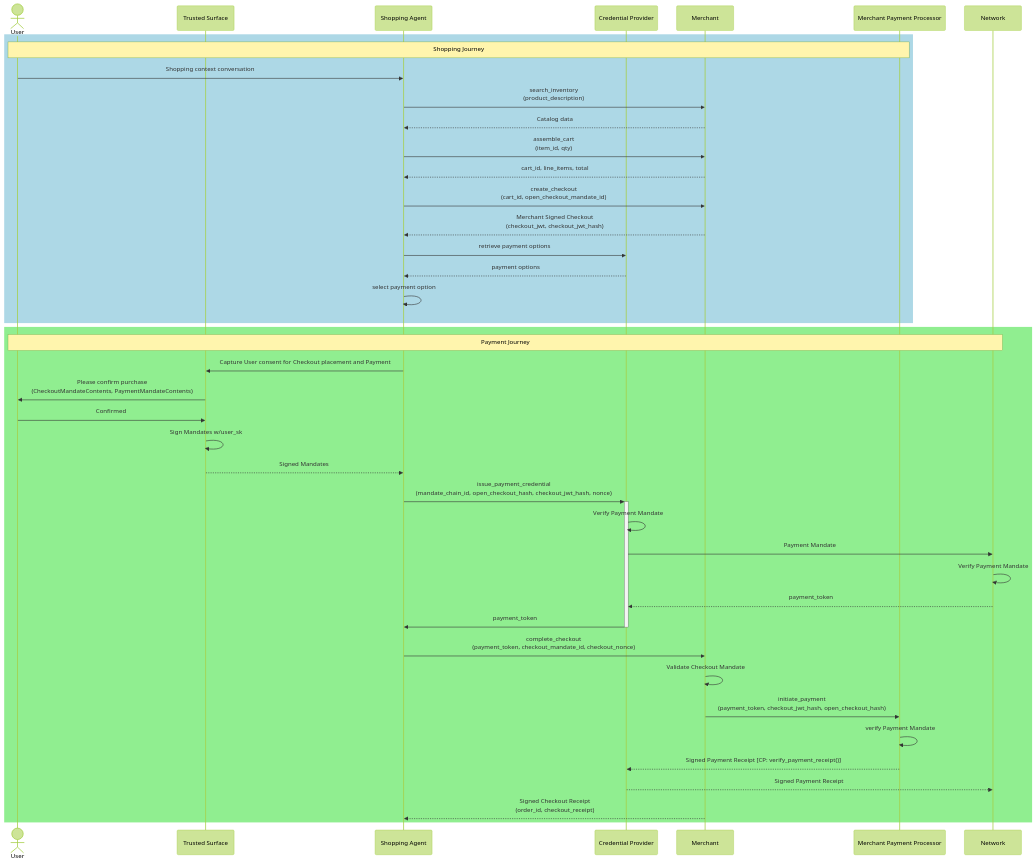
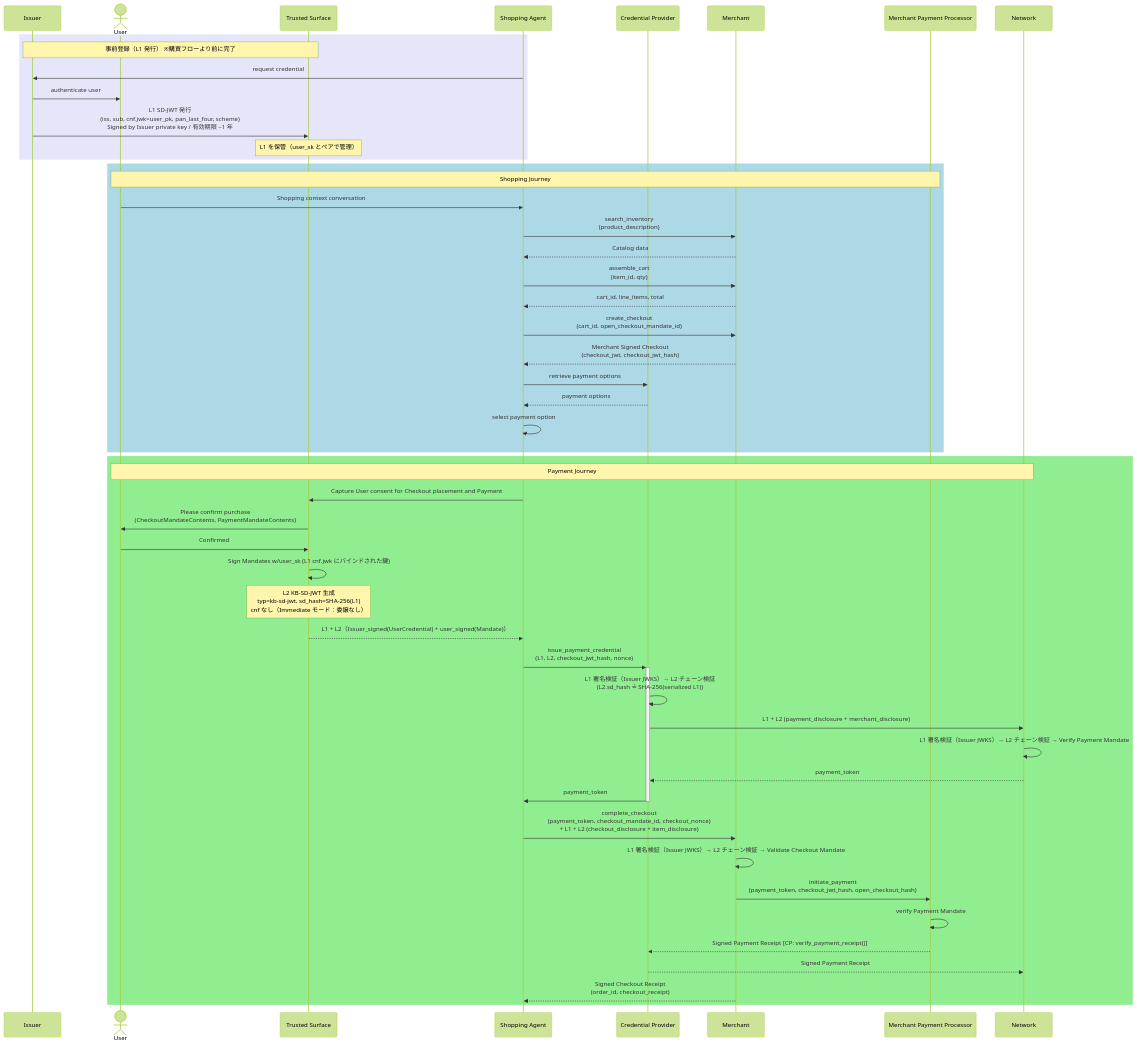
Before and after one commit to atakedemo/agent-commerce-research: the first of 2 diagrams in insights/003-ap2-research/sequence_diagram.md, drawn with Mermaid (forest theme). The commit also changed other lines of this file and 1 other file, not shown here.

First line of the commit message:
L1 SD-JWTに係るシーケンス図の修正

````diff
--- a/insights/003-ap2-research/sequence_diagram.md
+++ b/insights/003-ap2-research/sequence_diagram.md
@@ -16,46 +20,56 @@
 ```mermaid
 sequenceDiagram
+    participant IS as Issuer
     actor User
     participant TS as Trusted Surface
     participant SA as Shopping Agent
     participant CP as Credential Provider
     participant MA as Merchant
     participant MPP as Merchant Payment Processor
     participant NW as Network
+
+    rect rgb(230, 230, 250)
+        Note over IS,TS: 事前登録（L1 発行） ※購買フローより前に完了
+        SA->>IS: request credential
+        IS->>User: authenticate user
+        IS->>TS: L1 SD-JWT 発行<br>(iss, sub, cnf.jwk=user_pk, pan_last_four, scheme)<br>Signed by Issuer private key / 有効期限 ~1 年
+        Note over TS: L1 を保管（user_sk とペアで管理）
+    end
 
     rect rgb(173, 216, 230)
         Note over User,MPP: Shopping Journey
         User->>SA: Shopping context conversation
         SA->>MA: search_inventory<br>(product_description)
         MA-->>SA: Catalog data
         SA->>MA: assemble_cart<br>(item_id, qty)
         MA-->>SA: cart_id, line_items, total
         SA->>MA: create_checkout<br>(cart_id, open_checkout_mandate_id)
         MA-->>SA: Merchant Signed Checkout<br>(checkout_jwt, checkout_jwt_hash)
         SA->>CP: retrieve payment options
         CP-->>SA: payment options
         SA->>SA: select payment option
     end
 
     rect rgb(144, 238, 144)
         Note over User,NW: Payment Journey
         SA->>TS: Capture User consent for Checkout placement and Payment
         TS->>User: Please confirm purchase<br>(CheckoutMandateContents, PaymentMandateContents)
         User->>TS: Confirmed
-        TS->>TS: Sign Mandates w/user_sk
-        TS-->>SA: Signed Mandates
-        SA->>+CP: issue_payment_credential<br>(mandate_chain_id, open_checkout_hash, checkout_jwt_hash, nonce)
-        CP->>CP: Verify Payment Mandate
-        CP->>NW: Payment Mandate
-        NW->>NW: Verify Payment Mandate
+        TS->>TS: Sign Mandates w/user_sk (L1 cnf.jwk にバインドされた鍵)
+        Note over TS: L2 KB-SD-JWT 生成<br>typ=kb-sd-jwt, sd_hash=SHA-256(L1)<br>cnf なし（Immediate モード：委譲なし）
+        TS-->>SA: L1 + L2（Issuer_signed(UserCredential) + user_signed(Mandate)）
+        SA->>+CP: issue_payment_credential<br>(L1, L2, checkout_jwt_hash, nonce)
+        CP->>CP: L1 署名検証（Issuer JWKS）→ L2 チェーン検証<br>(L2.sd_hash ≟ SHA-256(serialized L1))
+        CP->>NW: L1 + L2 (payment_disclosure + merchant_disclosure)
+        NW->>NW: L1 署名検証（Issuer JWKS）→ L2 チェーン検証 → Verify Payment Mandate
         NW-->>CP: payment_token
         CP->>-SA: payment_token
-        SA->>MA: complete_checkout<br>(payment_token, checkout_mandate_id, checkout_nonce)
-        MA->>MA: Validate Checkout Mandate
+        SA->>MA: complete_checkout<br>(payment_token, checkout_mandate_id, checkout_nonce)<br>+ L1 + L2 (checkout_disclosure + item_disclosure)
+        MA->>MA: L1 署名検証（Issuer JWKS）→ L2 チェーン検証 → Validate Checkout Mandate
         MA->>MPP: initiate_payment<br>(payment_token, checkout_jwt_hash, open_checkout_hash)
         MPP->>MPP: verify Payment Mandate
         MPP-->>CP: Signed Payment Receipt [CP: verify_payment_receipt()]
         CP-->>NW: Signed Payment Receipt
         MA-->>SA: Signed Checkout Receipt<br>(order_id, checkout_receipt)
     end
 ```
````
